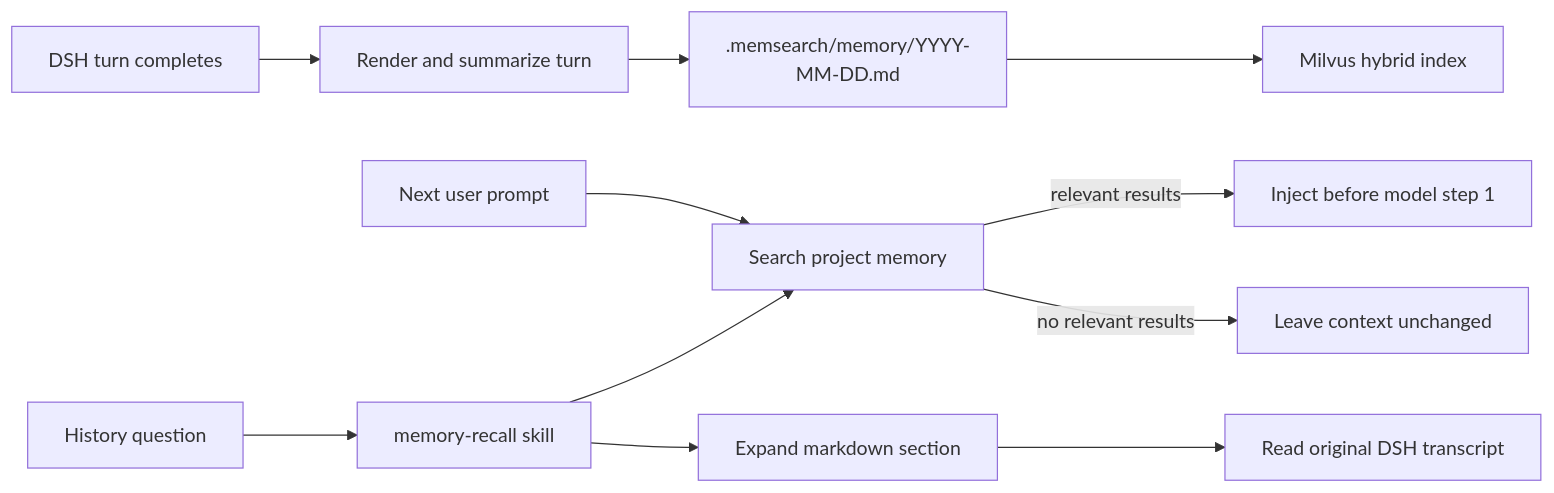
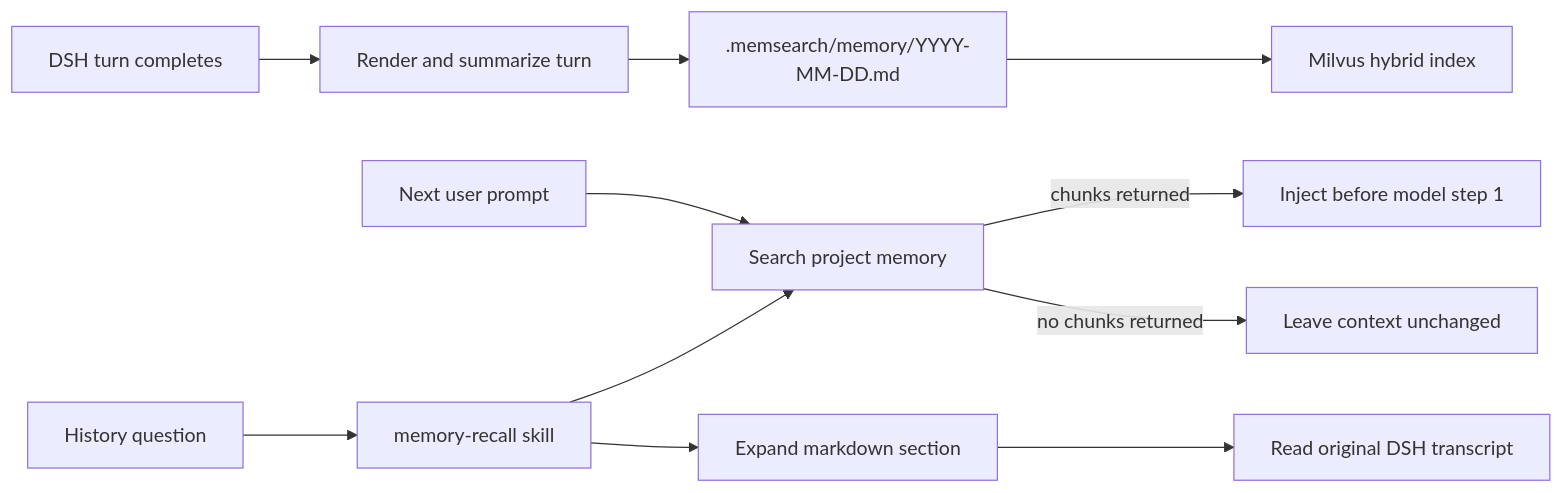
The diagram in docs/platforms/dsh/how-it-works.md (zilliztech/memsearch), drawn with Mermaid before and after one commit. The commit also changed other lines of this file and 24 other files, not shown here.

````diff
--- a/docs/platforms/dsh/how-it-works.md
+++ b/docs/platforms/dsh/how-it-works.md
@@ -7,15 +7,15 @@
 ```mermaid
 flowchart LR
     TURN[DSH turn completes] --> CAPTURE[Render and summarize turn]
     CAPTURE --> MD[".memsearch/memory/YYYY-MM-DD.md"]
     MD --> INDEX[Milvus hybrid index]
 
     PROMPT[Next user prompt] --> SEARCH[Search project memory]
-    SEARCH -->|relevant results| INJECT[Inject before model step 1]
-    SEARCH -->|no relevant results| CLEAN[Leave context unchanged]
+    SEARCH -->|chunks returned| INJECT[Inject before model step 1]
+    SEARCH -->|no chunks returned| CLEAN[Leave context unchanged]
 
     QUESTION[History question] --> SKILL[memory-recall skill]
     SKILL --> SEARCH
     SKILL --> EXPAND[Expand markdown section]
     EXPAND --> TRANSCRIPT[Read original DSH transcript]
 ```
````
